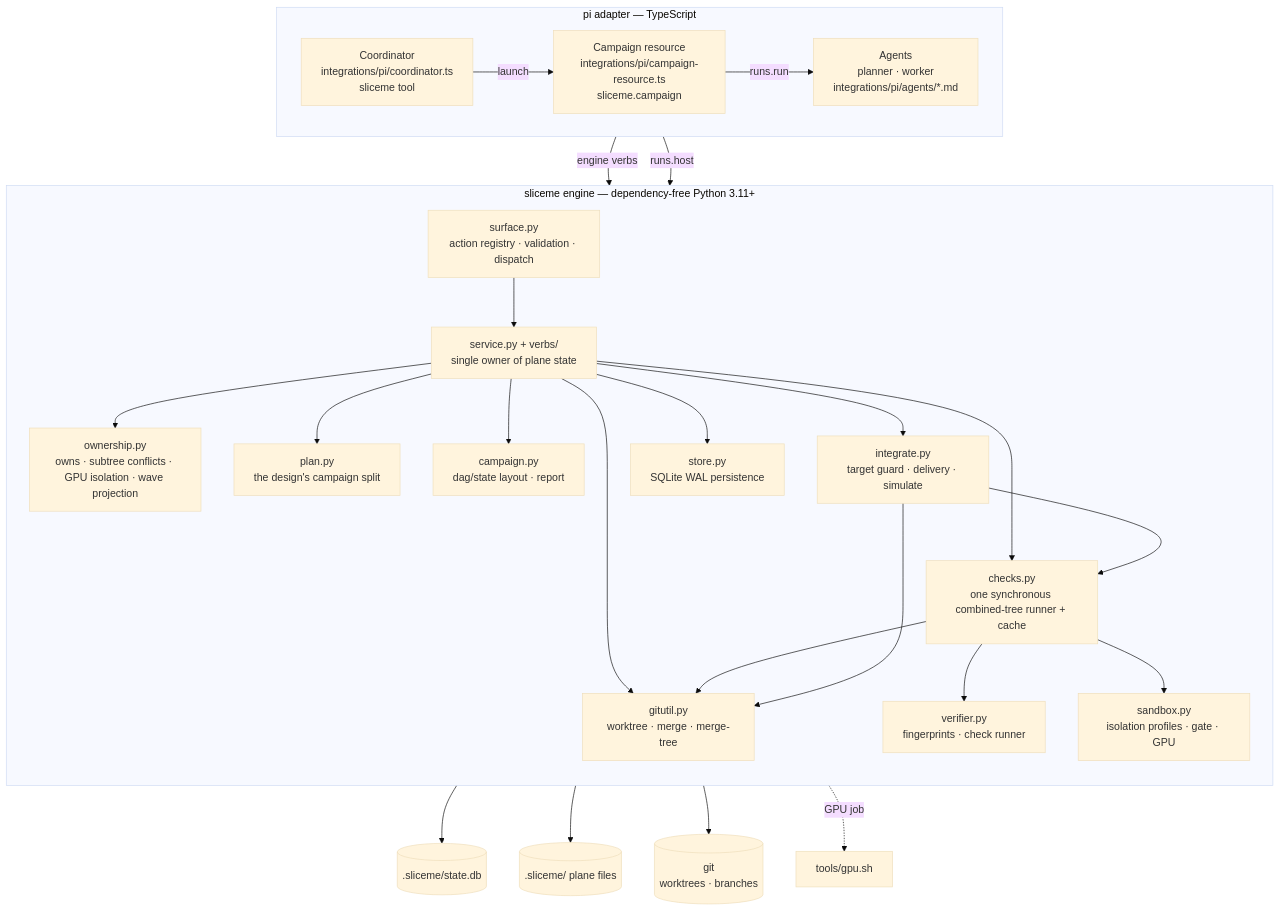
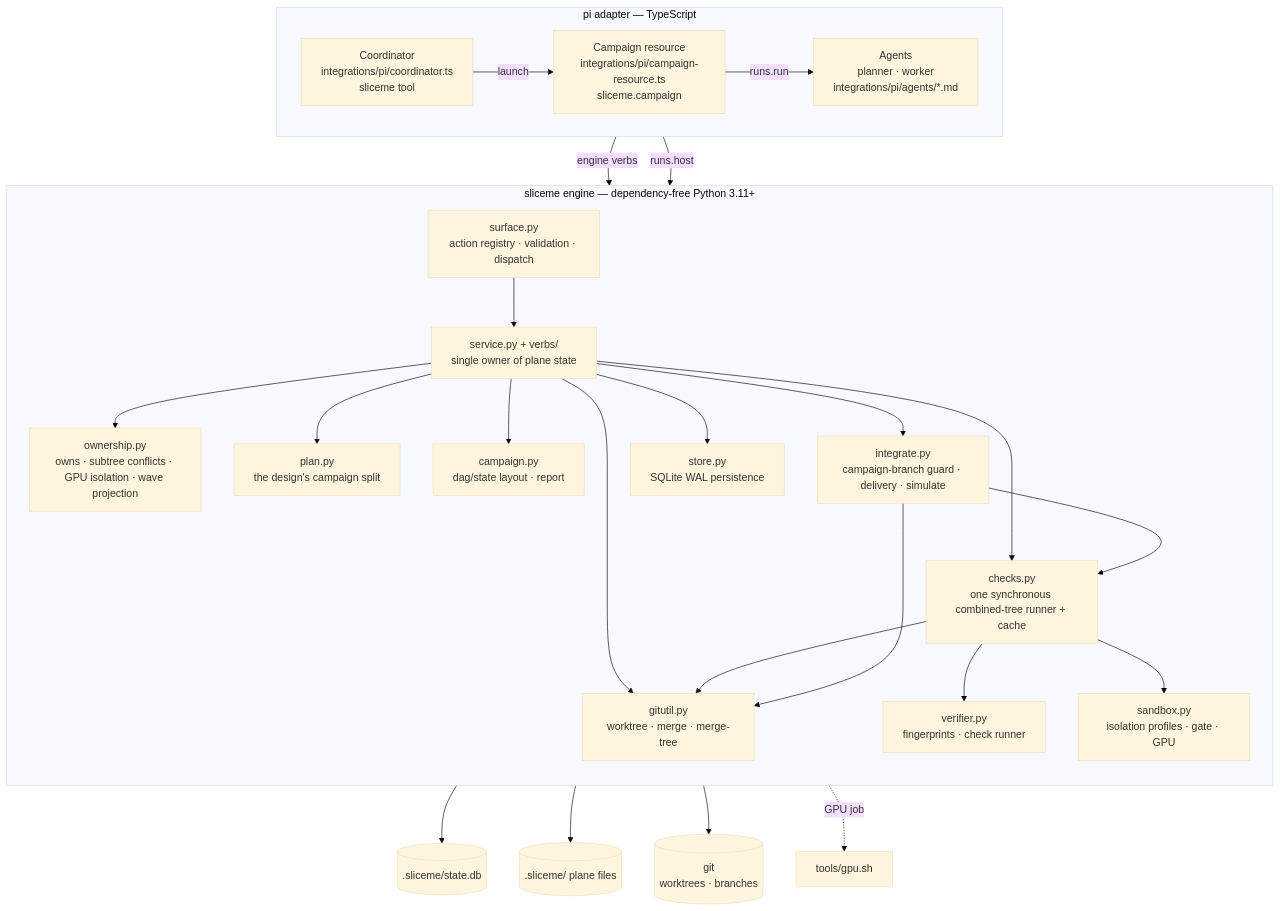
Before and after one commit to ming6ao/sliceme: the second of 10 diagrams in docs/architecture.md, drawn with Mermaid (base theme). The commit also changed other lines of this file and 52 other files, not shown here.

````diff
--- a/docs/architecture.md
+++ b/docs/architecture.md
@@ -75,50 +76,50 @@
 ```mermaid
 flowchart TB
   subgraph adapter["pi adapter — TypeScript"]
     direction LR
     CO["Coordinator<br/>integrations/pi/coordinator.ts<br/>sliceme tool"]
     RS["Campaign resource<br/>integrations/pi/campaign-resource.ts<br/>sliceme.campaign"]
     SA["Agents<br/>planner · worker<br/>integrations/pi/agents/*.md"]
   end
 
   subgraph engine["sliceme engine — dependency-free Python 3.11+"]
     direction TB
     SU["surface.py<br/>action registry · validation · dispatch"]
     SE["service.py + verbs/<br/>single owner of plane state"]
     OW["ownership.py<br/>owns · subtree conflicts · GPU isolation · wave projection"]
     PL["plan.py<br/>the design's campaign split"]
     CA["campaign.py<br/>dag/state layout · report"]
     VE["verifier.py<br/>fingerprints · check runner"]
     SB["sandbox.py<br/>isolation profiles · gate · GPU"]
     CH["checks.py<br/>one synchronous combined-tree runner + cache"]
-    IN["integrate.py<br/>target guard · delivery · simulate"]
+    IN["integrate.py<br/>campaign-branch guard · delivery · simulate"]
     GU["gitutil.py<br/>worktree · merge · merge-tree"]
     STO["store.py<br/>SQLite WAL persistence"]
   end
 
   STATE[(".sliceme/state.db")]
   FILES[(".sliceme/ plane files")]
   GIT[("git<br/>worktrees · branches")]
 
   CO -->|"engine verbs"| SU
   CO -->|"launch"| RS
   RS -->|"runs.run"| SA
   RS -->|"runs.host"| SU
   SU --> SE
   SE --> OW
   SE --> PL
   SE --> CA
   SE --> IN
   SE --> CH
   SE --> GU
   CH --> VE
   CH --> SB
   CH --> GU
   IN --> GU
   IN --> CH
   SE --> STO
   STO --> STATE
   CA --> FILES
   GU --> GIT
   SB -.->|"GPU job"| GPU["tools/gpu.sh"]
 ```
````
